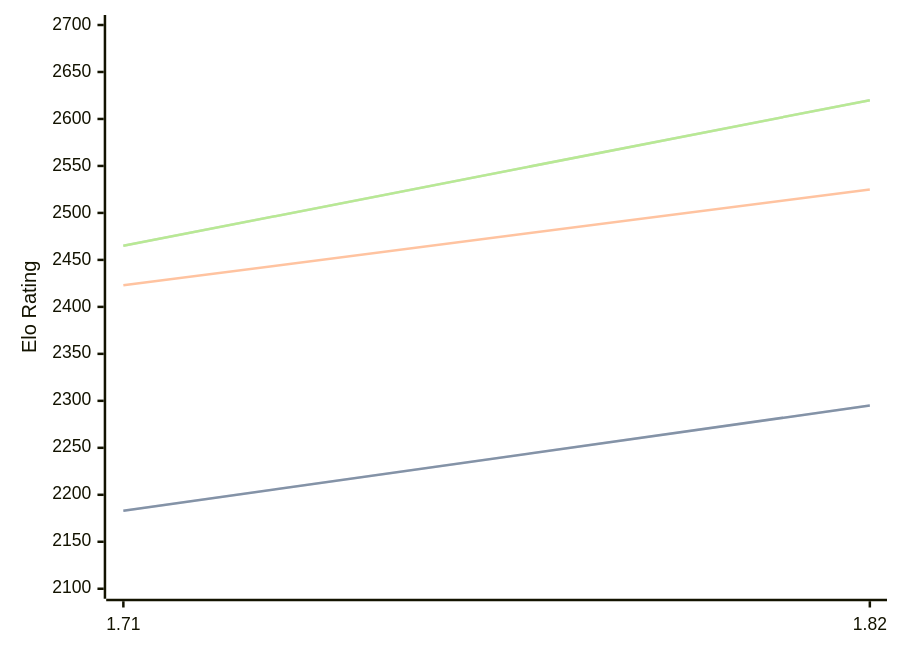
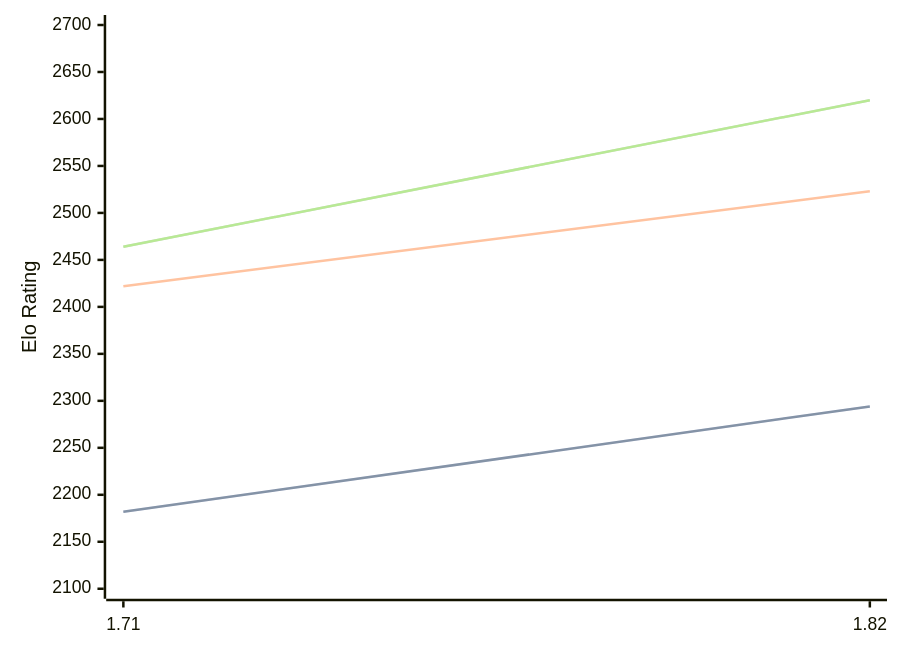
The diagram in engines/Amira.md (computer-chess-index/cci), drawn with Mermaid before and after one commit. The commit also changed other lines of this file, not shown here.

Commit message:
Update CCI Ratings (ELO VLTC) - 2026-06-07

````diff
--- a/engines/Amira.md
+++ b/engines/Amira.md
@@ -35,11 +35,11 @@
 ```mermaid
 %%{init: {"theme":"base","themeVariables":{"seriesColors:['#a3a3a3','#222221','#faa371']}}}%%
 xychart-beta
   x-axis ["1.71", "1.82"]
   y-axis "Elo Rating" 2100 --> 2700
-  line "STC (8.0+0.08s)" [2183, 2295]
-  line "STC (8.0+0.08s)" [2183, 2295]
-  line "LTC (60.0+0.60s)" [2423, 2525]
-  line "VLTC (2m24s+1.12s)" [2465, 2620]
-  line "VLTC (2m24s+1.12s)" [2465, 2620]
+  line "STC (8.0+0.08s)" [2182, 2294]
+  line "STC (8.0+0.08s)" [2182, 2294]
+  line "LTC (60.0+0.60s)" [2422, 2523]
+  line "VLTC (2m24s+1.12s)" [2464, 2620]
+  line "VLTC (2m24s+1.12s)" [2464, 2620]
 ```
````
